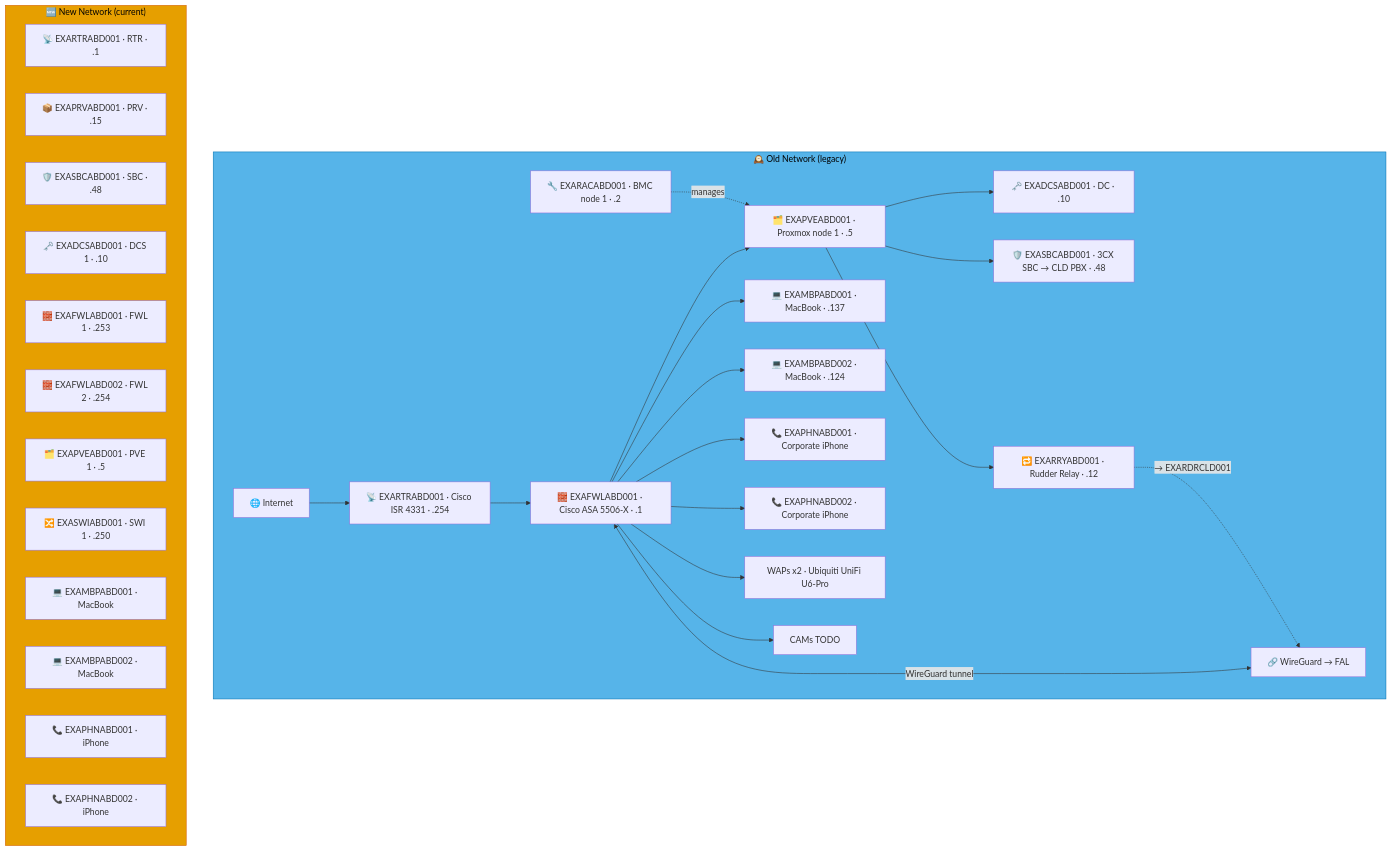
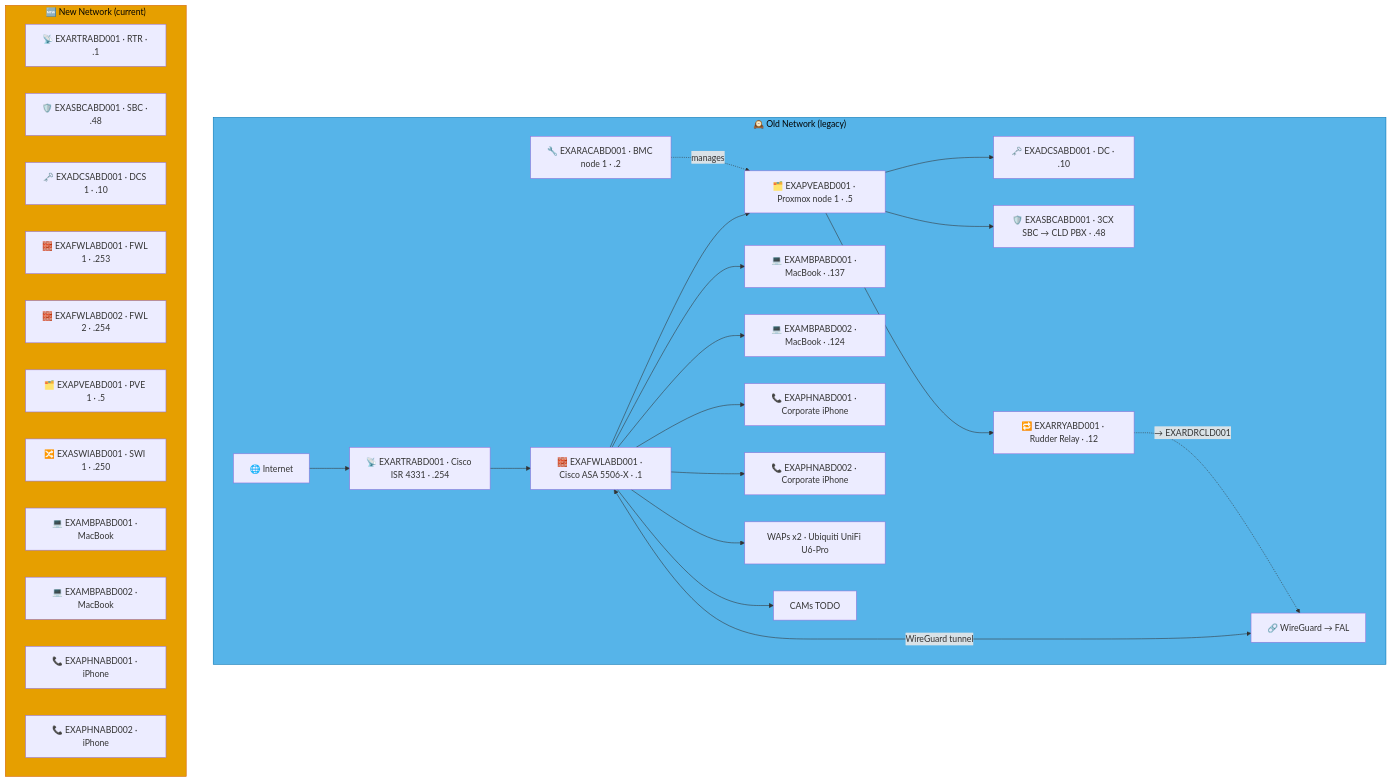
One commit to knightmare2600/example_music_infra changed the seventh of 7 diagrams in docs/network-diagram/scotland.md. Above: the diagram before and after it, drawn with Mermaid. The commit also changed other lines of this file and 55 other files, not shown here.

````diff
--- a/docs/network-diagram/scotland.md
+++ b/docs/network-diagram/scotland.md
@@ -468,47 +460,46 @@
 ```mermaid
 graph TD
     subgraph OLD_ABD ["🕰️ Old Network (legacy)"]
       INET["🌐 Internet"]
       FWL["🧱 EXAFWLABD001 · Cisco ASA 5506-X · .1"]
       RTR["📡 EXARTRABD001 · Cisco ISR 4331 · .254"]
       RAC["🔧 EXARACABD001 · BMC node 1 · .2"]
       PVE["🗂️ EXAPVEABD001 · Proxmox node 1 · .5"]
       DC["🗝️ EXADCSABD001 · DC · .10"]
       SBC["🛡️ EXASBCABD001 · 3CX SBC → CLD PBX · .48"]
       RRY["🔁 EXARRYABD001 · Rudder Relay · .12"]
       MBP1["💻 EXAMBPABD001 · MacBook · .137"]
       MBP2["💻 EXAMBPABD002 · MacBook · .124"]
       PHN1["📞 EXAPHNABD001 · Corporate iPhone"]
       PHN2["📞 EXAPHNABD002 · Corporate iPhone"]
       WAP["WAPs x2 · Ubiquiti UniFi U6-Pro"]
       CAM["CAMs TODO"]
       VPN["🔗 WireGuard → FAL"]
 
       INET --> RTR --> FWL --> PVE
       PVE --> DC & SBC
       RAC -.->|"manages"| PVE
       FWL --> MBP1 & MBP2 & PHN1 & PHN2 & WAP & CAM
       FWL <-->|"WireGuard tunnel"| VPN
 
       PVE --> RRY
       RRY -. "→ EXARDRCLD001" .-> VPN
     end
     style OLD_ABD fill:#56B4E9,stroke:#0072B2,color:#000000
     %% GENERATED:NEW-NETWORK:ABD:START
     subgraph NEW_ABD ["🆕 New Network (current)"]
       N_RTR["📡 EXARTRABD001 · RTR · .1"]
-      N_PRV["📦 EXAPRVABD001 · PRV · .15"]
       N_SBC["🛡️ EXASBCABD001 · SBC · .48"]
       N_DCS["🗝️ EXADCSABD001 · DCS 1 · .10"]
       N_FWL["🧱 EXAFWLABD001 · FWL 1 · .253"]
       N_FWL2["🧱 EXAFWLABD002 · FWL 2 · .254"]
       N_PVE["🗂️ EXAPVEABD001 · PVE 1 · .5"]
       N_SWI["🔀 EXASWIABD001 · SWI 1 · .250"]
       N_MBP["💻 EXAMBPABD001 · MacBook"]
       N_MBP2["💻 EXAMBPABD002 · MacBook"]
       N_PHN["📞 EXAPHNABD001 · iPhone"]
       N_PHN2["📞 EXAPHNABD002 · iPhone"]
     end
     style NEW_ABD fill:#E69F00,stroke:#D55E00,color:#000000
     %% GENERATED:NEW-NETWORK:ABD:END
 ```
````
